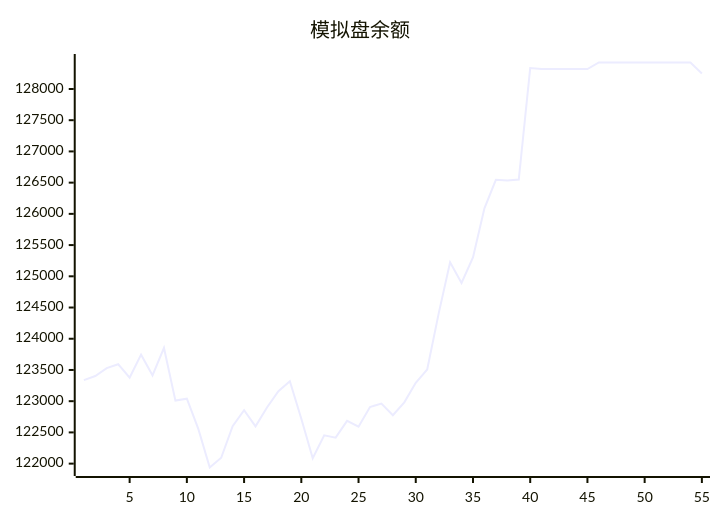
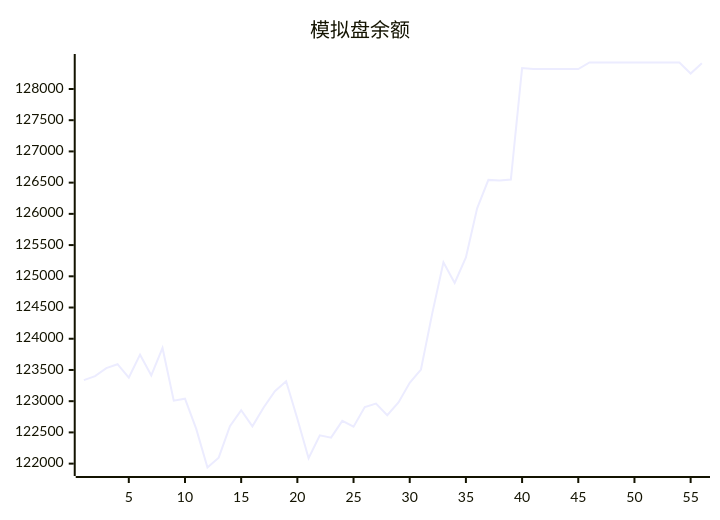
The diagram in trading/README.md (aahl/mcp-aktools), drawn with Mermaid before and after one commit. The commit also changed other lines of this file and 1 other file, not shown here.

````diff
--- a/trading/README.md
+++ b/trading/README.md
@@ -3,5 +3,5 @@
 ```mermaid
 xychart
     title "模拟盘余额"
-    line [123337.9,123402.4,123530.3,123591.6,123377.9,123745.3,123413.3,123853.1,123009.4,123039.8,122557.0,121938.0,122094.6,122599.0,122856.1,122597.3,122898.1,123160.2,123318.8,122719.1,122086.7,122454.1,122415.9,122685.2,122591.9,122906.8,122960.7,122775.6,122980.9,123294.6,123507.0,124402.7,125223.7,124894.0,125303.1,126088.0,126544.5,126533.9,126548.8,128334.7,128318.5,128318.5,128318.5,128318.5,128318.5,128424.0,128424.0,128424.0,128424.0,128424.0,128424.0,128424.0,128424.0,128424.0,128246.9]
+    line [123338,123402,123530,123592,123378,123745,123413,123853,123009,123040,122557,121938,122095,122599,122856,122597,122898,123160,123319,122719,122087,122454,122416,122685,122592,122907,122961,122776,122981,123295,123507,124403,125224,124894,125303,126088,126544,126534,126549,128335,128318,128318,128318,128318,128318,128424,128424,128424,128424,128424,128424,128424,128424,128424,128247,128412]
 ```
````
